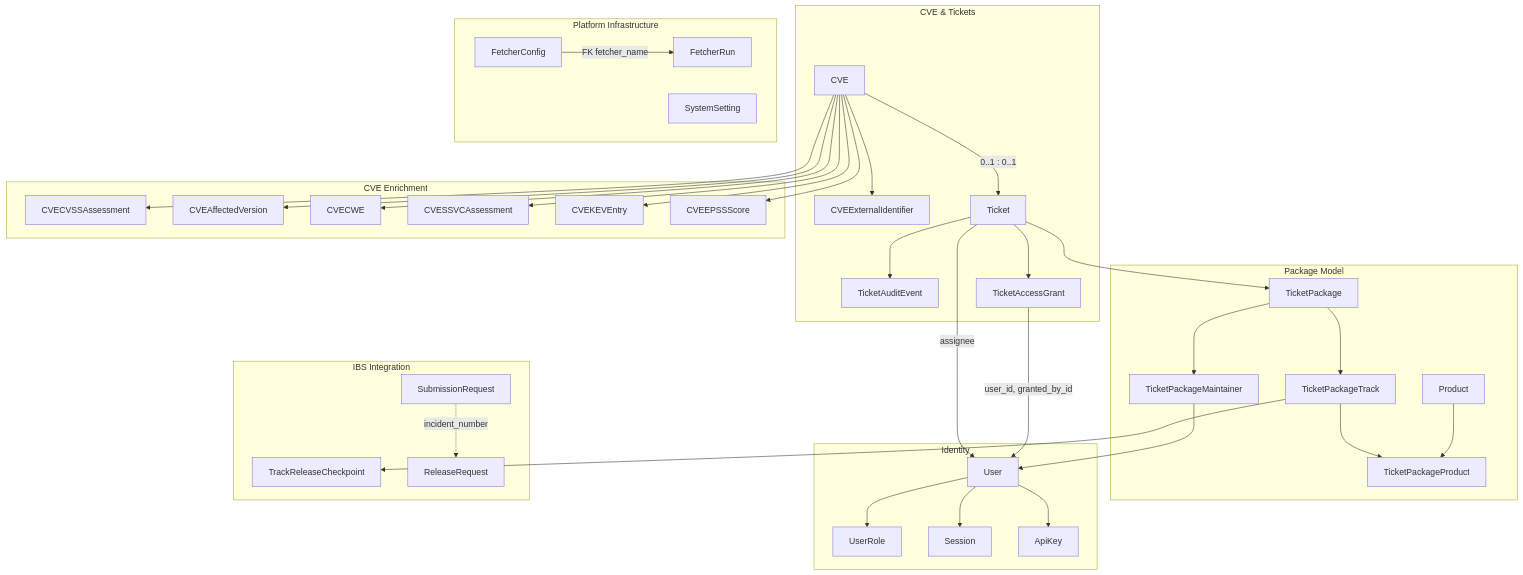
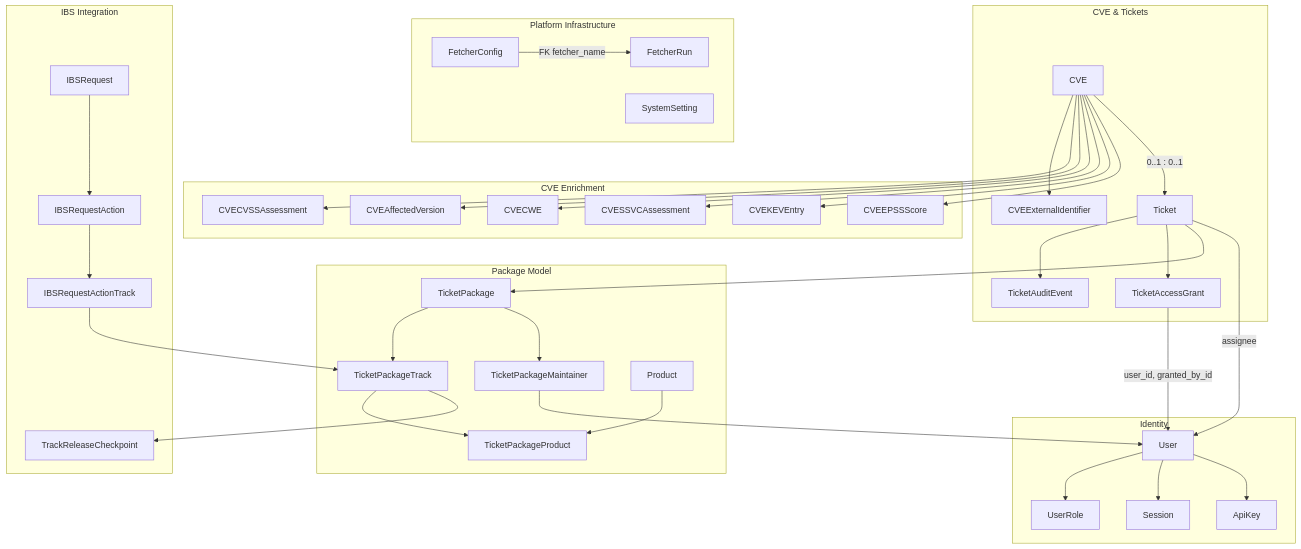
One commit to StayPirate/STAMP changed the first of 6 diagrams in docs/data-model.md. Above: the diagram before and after it, drawn with Mermaid. The commit also changed other lines of this file and 25 other files, not shown here.

````diff
--- a/docs/data-model.md
+++ b/docs/data-model.md
@@ -38,71 +38,74 @@
 ```mermaid
 flowchart TB
     subgraph cve_tickets["CVE & Tickets"]
         CVE
         CVEExternalIdentifier
         Ticket
         TicketAuditEvent
         TicketAccessGrant
     end
 
     subgraph cve_enrichment["CVE Enrichment"]
         CVECVSSAssessment
         CVEAffectedVersion
         CVECWE
         CVESSVCAssessment
         CVEKEVEntry
         CVEEPSSScore
     end
 
     subgraph packages["Package Model"]
         TicketPackage
         TicketPackageMaintainer
         TicketPackageTrack
         TicketPackageProduct
         Product
     end
 
     subgraph identity["Identity"]
         User
         UserRole
         Session
         ApiKey
     end
 
     subgraph platform["Platform Infrastructure"]
         FetcherConfig
         FetcherRun
         SystemSetting
     end
 
     subgraph ibs["IBS Integration"]
         TrackReleaseCheckpoint
-        SubmissionRequest
-        ReleaseRequest
+        IBSRequest
+        IBSRequestAction
+        IBSRequestActionTrack
     end
 
     CVE --> CVEExternalIdentifier
     CVE --> CVECVSSAssessment
     CVE --> CVEAffectedVersion
     CVE --> CVECWE
     CVE --> CVESSVCAssessment
     CVE --> CVEKEVEntry
     CVE --> CVEEPSSScore
     CVE -->|"0..1 : 0..1"| Ticket
     Ticket --> TicketAuditEvent
     Ticket --> TicketAccessGrant
     Ticket --> TicketPackage
     Ticket -->|"assignee"| User
     TicketAccessGrant -->|"user_id, granted_by_id"| User
     TicketPackage --> TicketPackageTrack
     TicketPackage --> TicketPackageMaintainer
     TicketPackageMaintainer --> User
     TicketPackageTrack --> TicketPackageProduct
     TicketPackageTrack --> TrackReleaseCheckpoint
     Product --> TicketPackageProduct
     User --> UserRole
     User --> Session
     User --> ApiKey
     FetcherConfig -->|"FK fetcher_name"| FetcherRun
-    SubmissionRequest -.->|"incident_number"| ReleaseRequest
+    IBSRequest --> IBSRequestAction
+    IBSRequestAction --> IBSRequestActionTrack
+    IBSRequestActionTrack --> TicketPackageTrack
 ```
````
